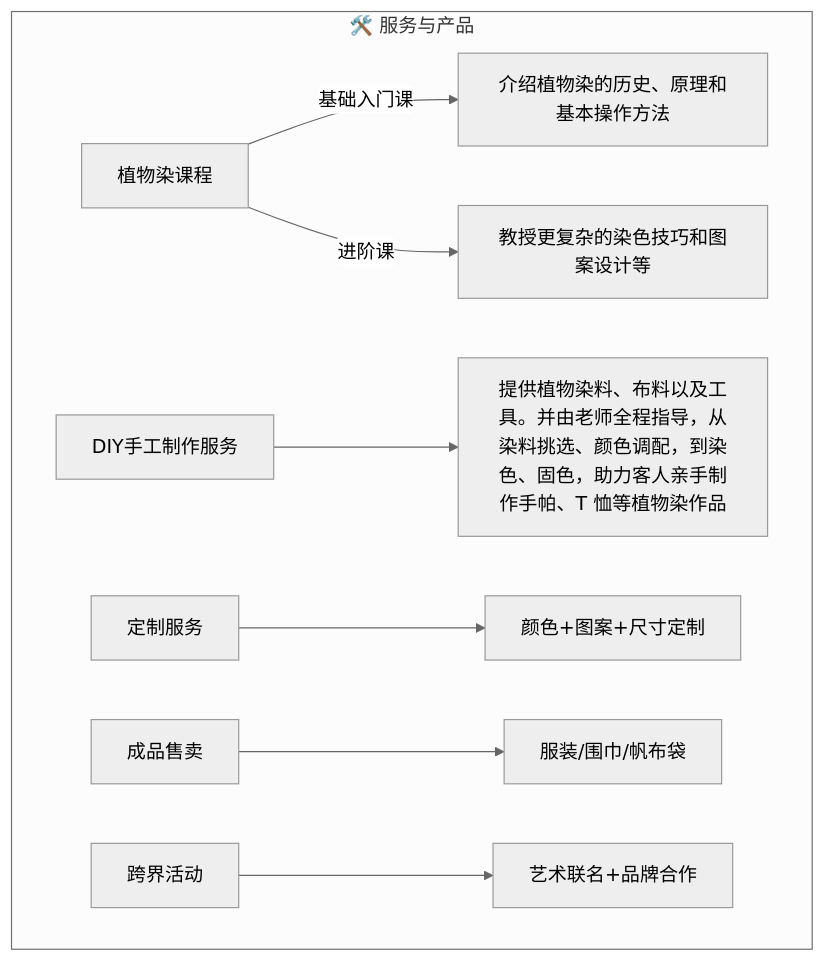
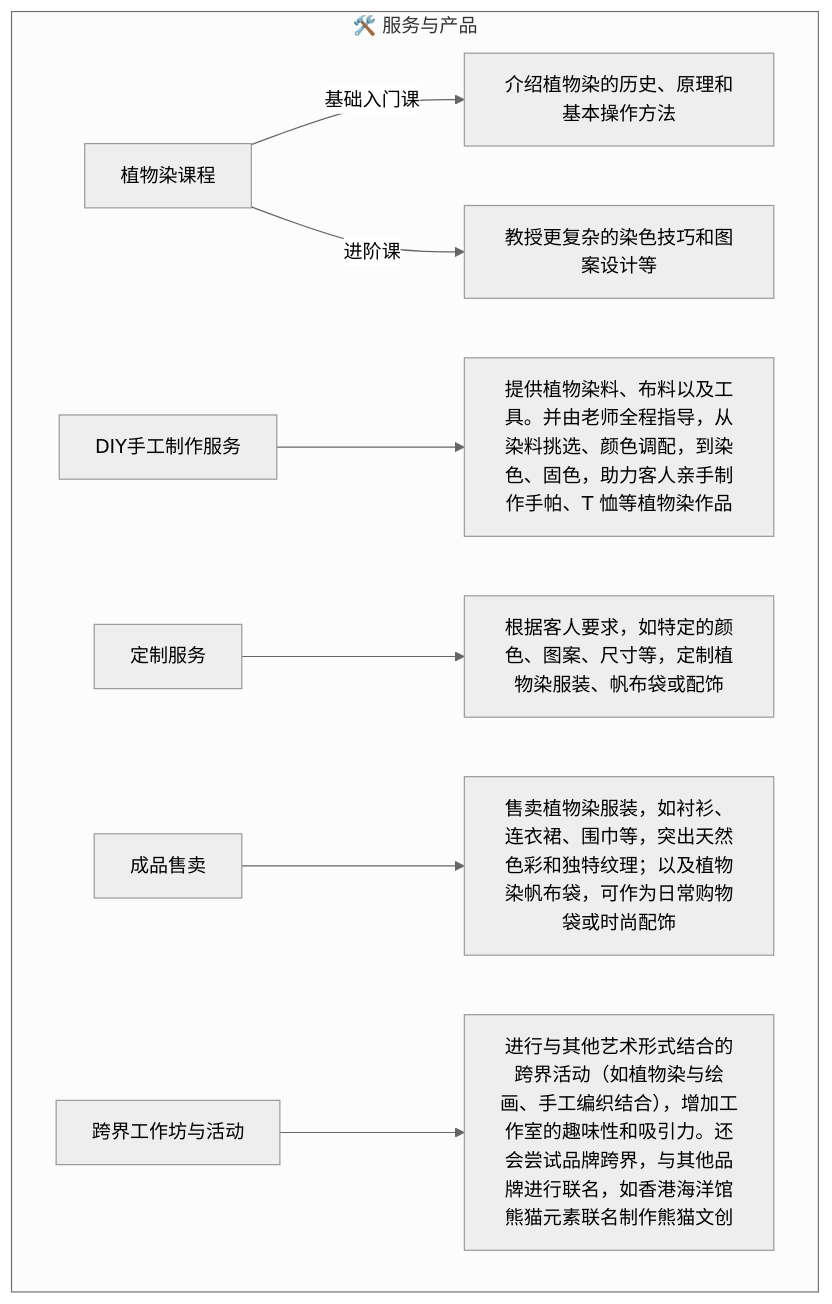
Before and after one commit to NaturalRice/git-demo: the first of 3 diagrams in README.md, drawn with Mermaid (neutral theme).

````diff
--- a/README.md
+++ b/README.md
@@ -4,11 +4,11 @@
 ```mermaid
 flowchart TD
     subgraph 产品服务["🛠️ 服务与产品"]
         A[植物染课程] --> |基础入门课| A1["介绍植物染的历史、原理和基本操作方法"]
         A --> |进阶课| A2["教授更复杂的染色技巧和图案设计等"]
         B[DIY手工制作服务] --> B1["提供植物染料、布料以及工具。并由老师全程指导，从染料挑选、颜色调配，到染色、固色，助力客人亲手制作手帕、T 恤等植物染作品"]
-        C[定制服务] --> C1["颜色+图案+尺寸定制"]
-        D[成品售卖] --> D1["服装/围巾/帆布袋"]
-        E[跨界活动] --> E1["艺术联名+品牌合作"]
+        C[定制服务] --> C1["根据客人要求，如特定的颜色、图案、尺寸等，定制植物染服装、帆布袋或配饰"]
+        D[成品售卖] --> D1["售卖植物染服装，如衬衫、连衣裙、围巾等，突出天然色彩和独特纹理；以及植物染帆布袋，可作为日常购物袋或时尚配饰"]
+        E[跨界工作坊与活动] --> E1["进行与其他艺术形式结合的跨界活动（如植物染与绘画、手工编织结合），增加工作室的趣味性和吸引力。还会尝试品牌跨界，与其他品牌进行联名，如香港海洋馆熊猫元素联名制作熊猫文创"]
     end
 ```
````
